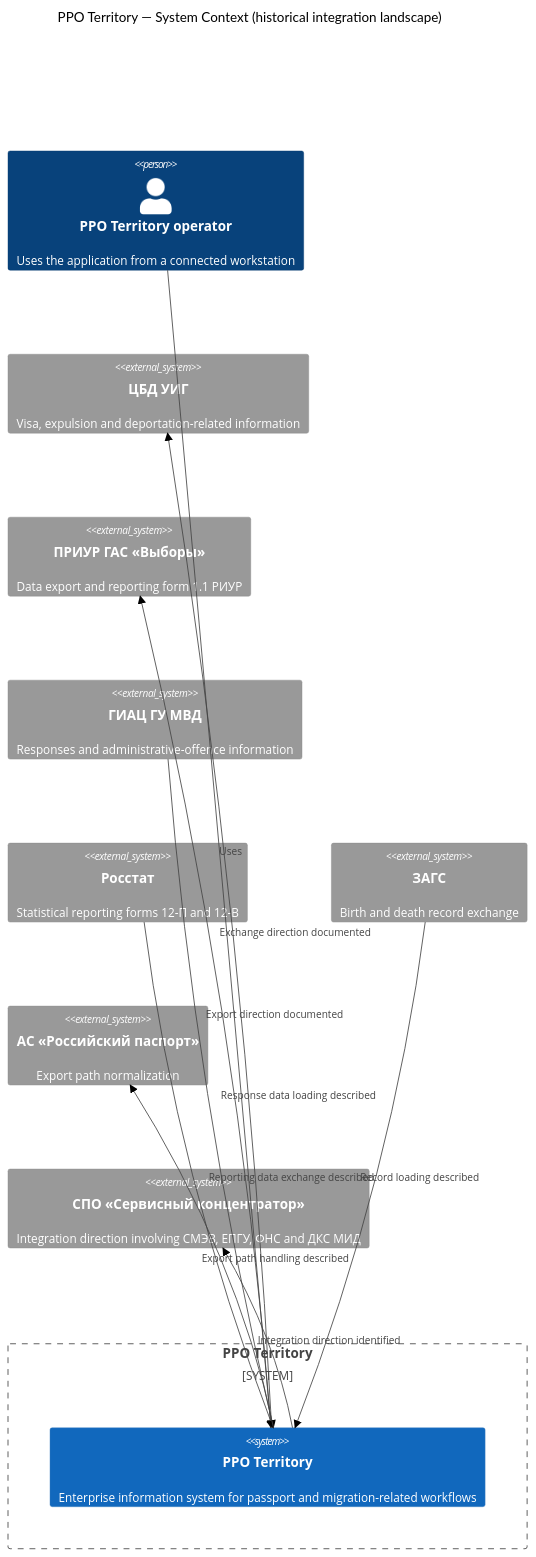
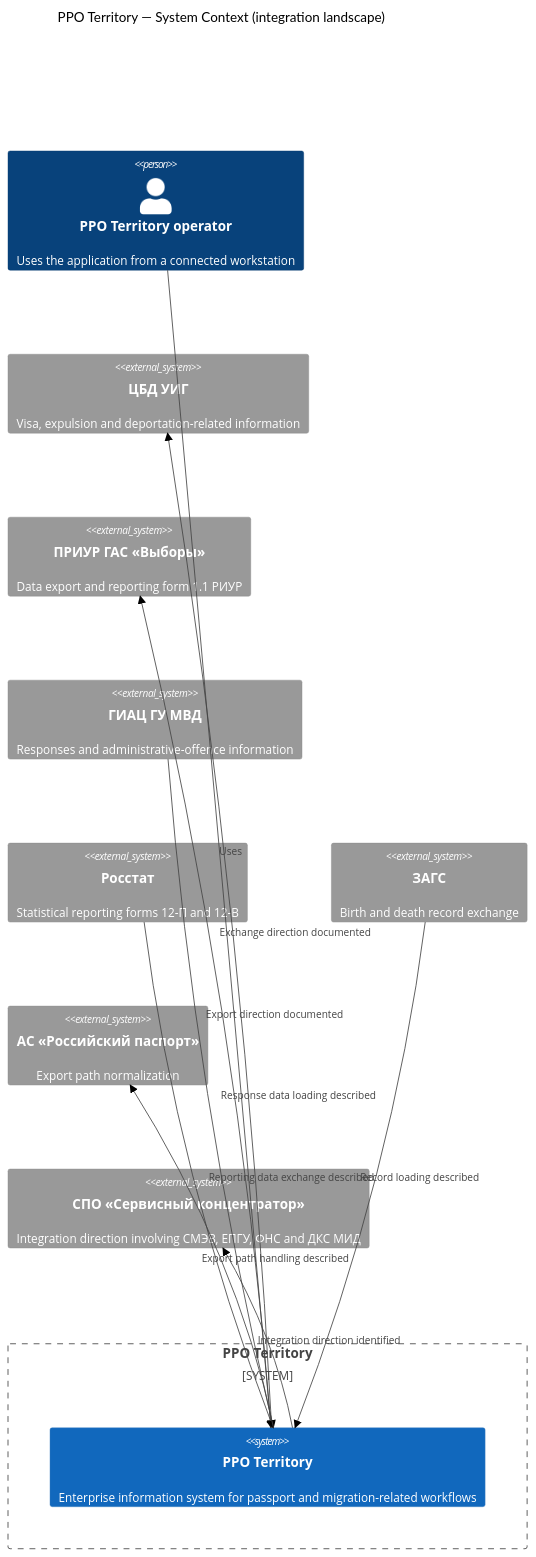
The diagram in docs/enterprise-documentation/diagrams/ppo-territory-context.mmd (ekatmoz88-alt/technical-writing-portfolio), drawn with Mermaid (forest theme) before and after one commit.

Commit message:
Remove historical status wording from PPO Territory diagram source

```diff
--- a/docs/enterprise-documentation/diagrams/ppo-territory-context.mmd
+++ b/docs/enterprise-documentation/diagrams/ppo-territory-context.mmd
@@ -1,24 +1,24 @@
 C4Context
-    title PPO Territory — System Context (historical integration landscape)
+    title PPO Territory — System Context (integration landscape)
 
     Person(operator, "PPO Territory operator", "Uses the application from a connected workstation")
     System_Boundary(territory, "PPO Territory") {
         System(ppo, "PPO Territory", "Enterprise information system for passport and migration-related workflows")
     }
 
     System_Ext(cbd, "ЦБД УИГ", "Visa, expulsion and deportation-related information")
     System_Ext(elections, "ПРИУР ГАС «Выборы»", "Data export and reporting form 1.1 РИУР")
     System_Ext(mvd, "ГИАЦ ГУ МВД", "Responses and administrative-offence information")
     System_Ext(stat, "Росстат", "Statistical reporting forms 12-П and 12-В")
     System_Ext(registry, "ЗАГС", "Birth and death record exchange")
     System_Ext(passport, "АС «Российский паспорт»", "Export path normalization")
     System_Ext(concentrator, "СПО «Сервисный концентратор»", "Integration direction involving СМЭВ, ЕПГУ, ФНС and ДКС МИД")
 
     Rel(operator, ppo, "Uses")
     Rel(ppo, cbd, "Exchange direction documented")
     Rel(ppo, elections, "Export direction documented")
     Rel(mvd, ppo, "Response data loading described")
     Rel(stat, ppo, "Reporting data exchange described")
     Rel(registry, ppo, "Record loading described")
     Rel(ppo, passport, "Export path handling described")
     Rel(ppo, concentrator, "Integration direction identified")
```
